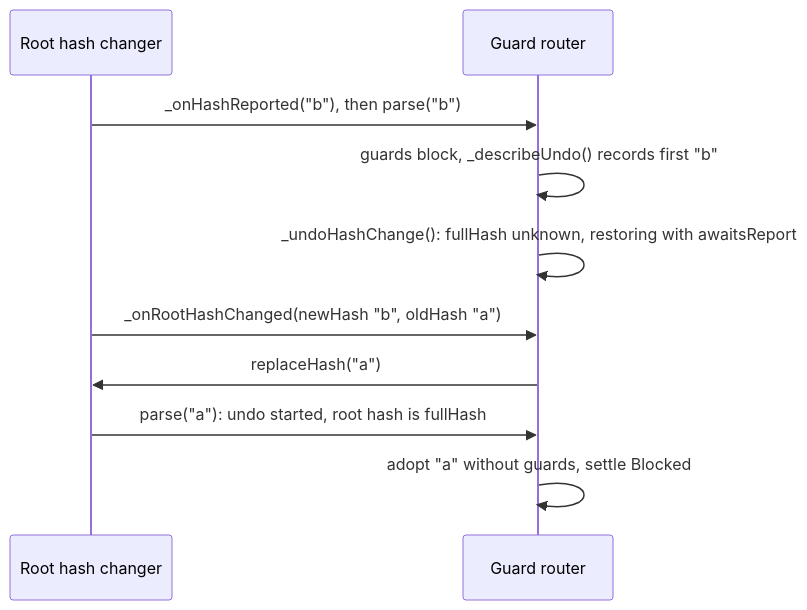
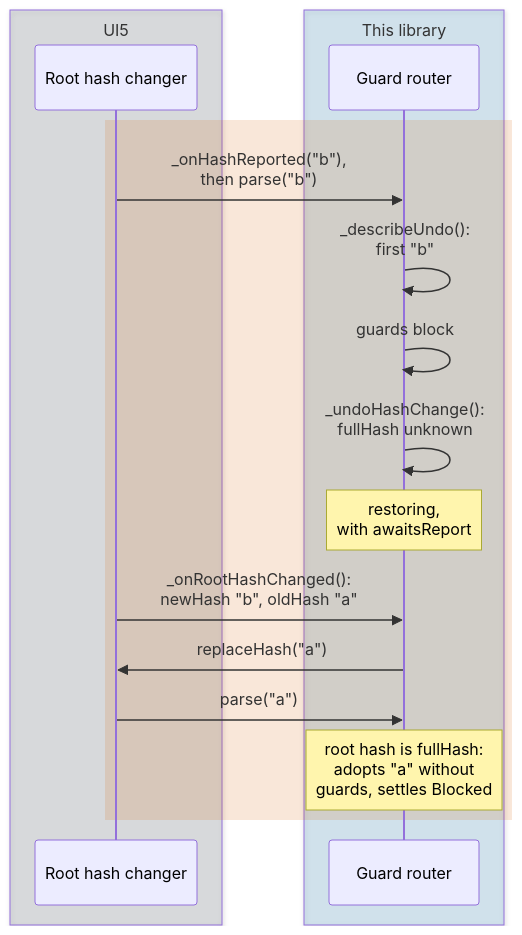
One commit to wridgeu/ui5-lib-guard-router changed the third of 10 diagrams in docs/reference/architecture.md. Above: the diagram before and after it, drawn with Mermaid. The commit also changed other lines of this file and 202 other files, not shown here.

````diff
--- a/docs/reference/architecture.md
+++ b/docs/reference/architecture.md
@@ -510,12 +542,20 @@
 ```mermaid
 sequenceDiagram
-    participant Root as Root hash changer
-    participant Router as Guard router
-    Root->>Router: _onHashReported("b"), then parse("b")
-    Router->>Router: guards block, _describeUndo() records first "b"
-    Router->>Router: _undoHashChange(): fullHash unknown, restoring with awaitsReport
-    Root->>Router: _onRootHashChanged(newHash "b", oldHash "a")
-    Router->>Root: replaceHash("a")
-    Root->>Router: parse("a"): undo started, root hash is fullHash
-    Router->>Router: adopt "a" without guards, settle Blocked
+    box rgba(110, 119, 129, 0.2) UI5
+        participant Root as Root hash changer
+    end
+    box rgba(0, 114, 178, 0.15) This library
+        participant Router as Guard router
+    end
+    rect rgba(213, 94, 0, 0.15)
+        Root->>Router: _onHashReported("b"),<br/>then parse("b")
+        Router->>Router: _describeUndo():<br/>first "b"
+        Router->>Router: guards block
+        Router->>Router: _undoHashChange():<br/>fullHash unknown
+        Note over Router: restoring,<br/>with awaitsReport
+        Root->>Router: _onRootHashChanged():<br/>newHash "b", oldHash "a"
+        Router->>Root: replaceHash("a")
+        Root->>Router: parse("a")
+        Note over Router: root hash is fullHash:<br/>adopts "a" without<br/>guards, settles Blocked
+    end
 ```
````
